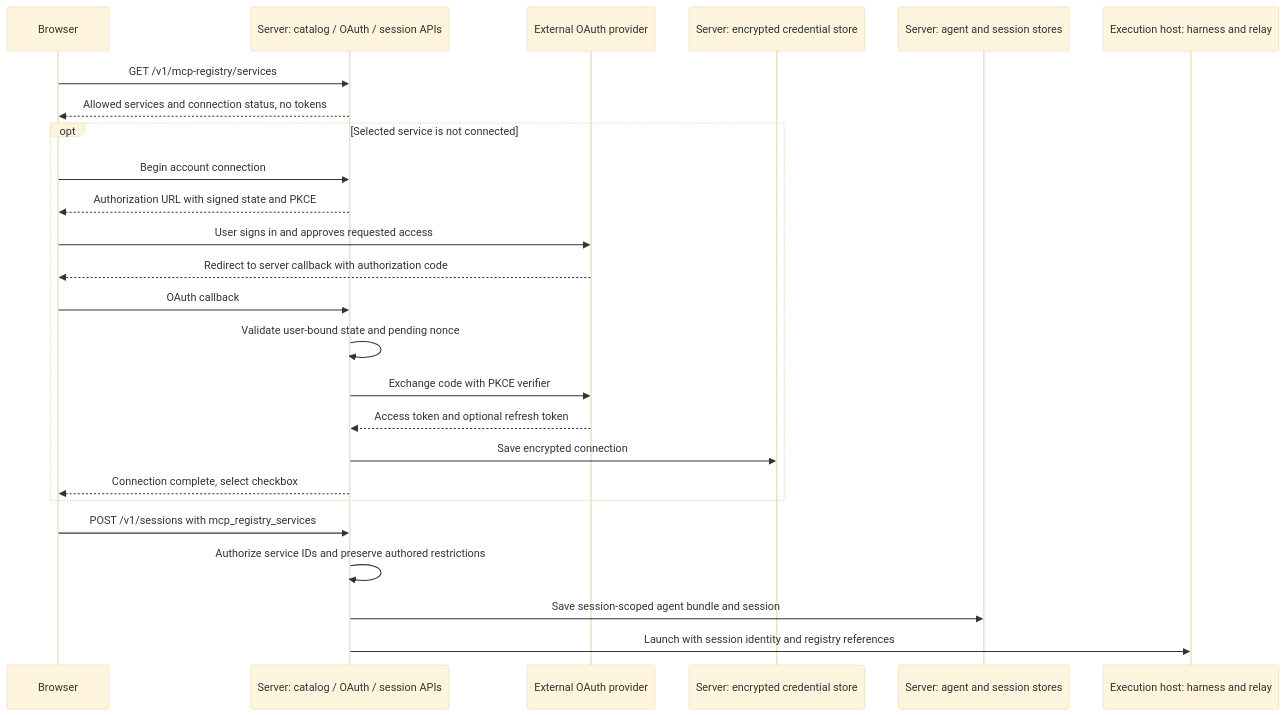
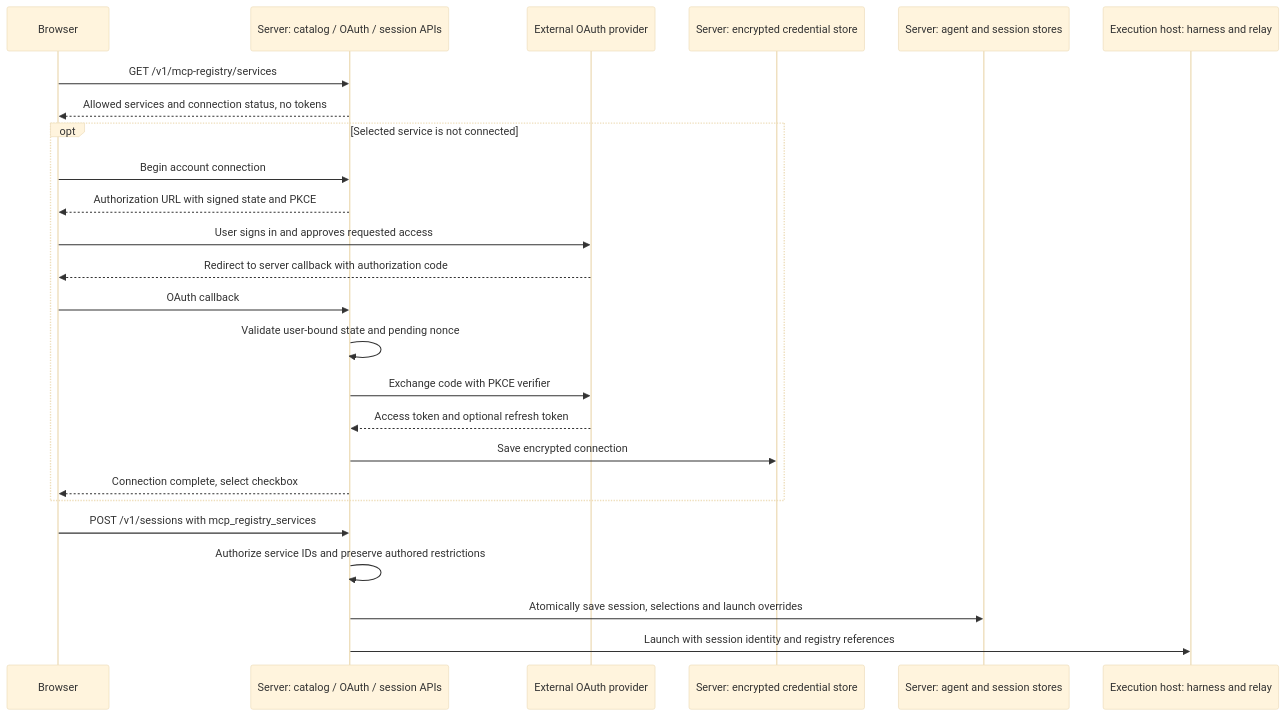
The second of 9 diagrams in designs/MCP_REGISTRY_GATEWAY.md (omnigent-ai/omnigent), drawn with Mermaid (base theme) before and after one commit. The commit also changed other lines of this file and 37 other files, not shown here.

First line of the commit message:
Keep managed MCP selections separate from agent source

````diff
--- a/designs/MCP_REGISTRY_GATEWAY.md
+++ b/designs/MCP_REGISTRY_GATEWAY.md
@@ -82,27 +87,27 @@
 ```mermaid
 sequenceDiagram
   participant B as Browser
   participant S as Server: catalog / OAuth / session APIs
   participant O as External OAuth provider
   participant C as Server: encrypted credential store
   participant A as Server: agent and session stores
   participant H as Execution host: harness and relay
   B->>S: GET /v1/mcp-registry/services
   S-->>B: Allowed services and connection status, no tokens
   opt Selected service is not connected
     B->>S: Begin account connection
     S-->>B: Authorization URL with signed state and PKCE
     B->>O: User signs in and approves requested access
     O-->>B: Redirect to server callback with authorization code
     B->>S: OAuth callback
     S->>S: Validate user-bound state and pending nonce
     S->>O: Exchange code with PKCE verifier
     O-->>S: Access token and optional refresh token
     S->>C: Save encrypted connection
     S-->>B: Connection complete, select checkbox
   end
   B->>S: POST /v1/sessions with mcp_registry_services
   S->>S: Authorize service IDs and preserve authored restrictions
-  S->>A: Save session-scoped agent bundle and session
+  S->>A: Atomically save session, selections and launch overrides
   S->>H: Launch with session identity and registry references
 ```
````
